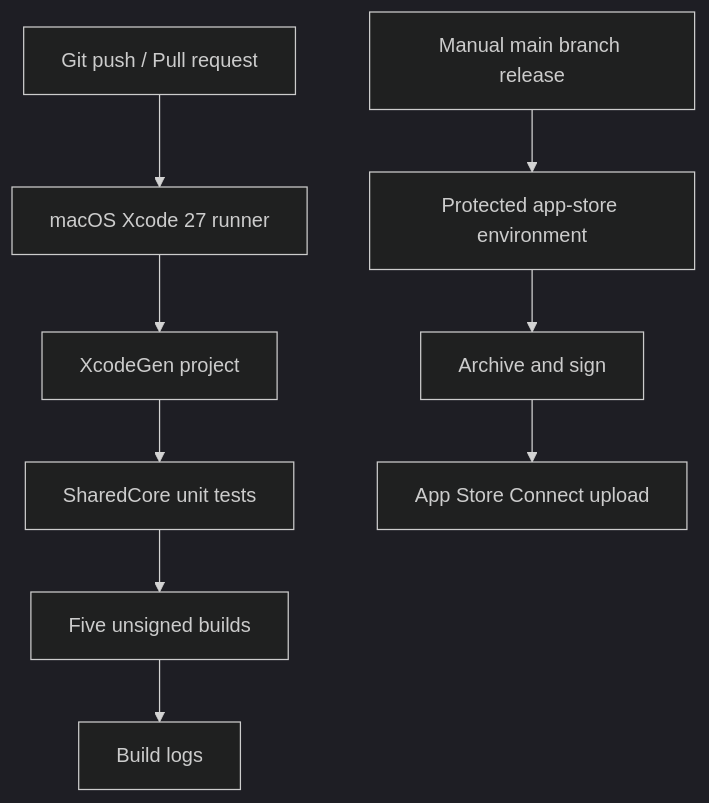
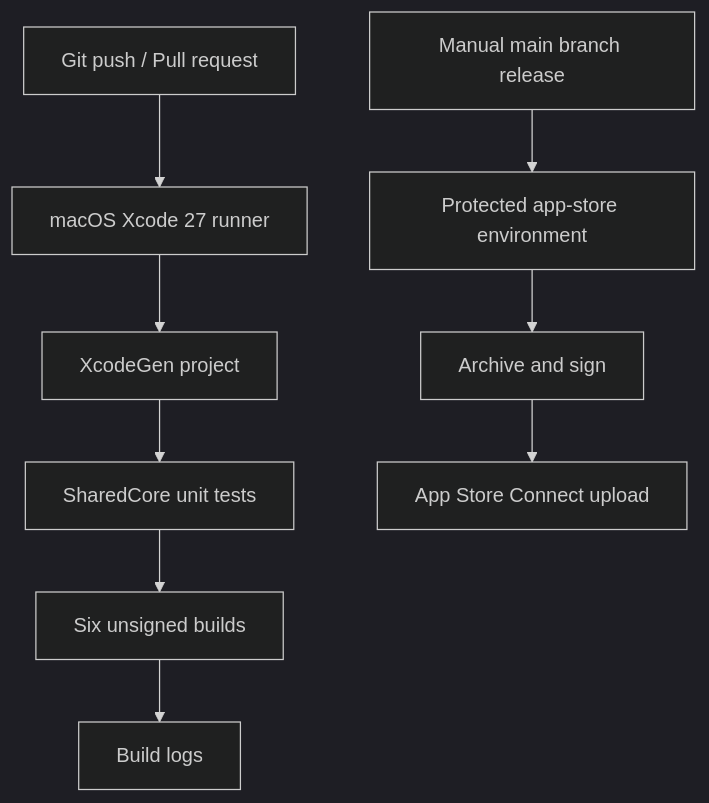
One commit to cheshmakzanoon-ops/APPLE-DEVELOPMENT changed the diagram in docs/ARCHITECTURE.md. Above: the diagram before and after it, drawn with Mermaid (dark theme). The commit also changed other lines of this file and 17 other files, not shown here.

````diff
--- a/docs/ARCHITECTURE.md
+++ b/docs/ARCHITECTURE.md
@@ -3,11 +3,11 @@
 ```mermaid
 flowchart TD
     A[Git push / Pull request] --> B[macOS Xcode 27 runner]
     B --> C[XcodeGen project]
     C --> D[SharedCore unit tests]
-    D --> E[Five unsigned builds]
+    D --> E[Six unsigned builds]
     E --> F[Build logs]
     G[Manual main branch release] --> H[Protected app-store environment]
     H --> I[Archive and sign]
     I --> J[App Store Connect upload]
 ```
````
